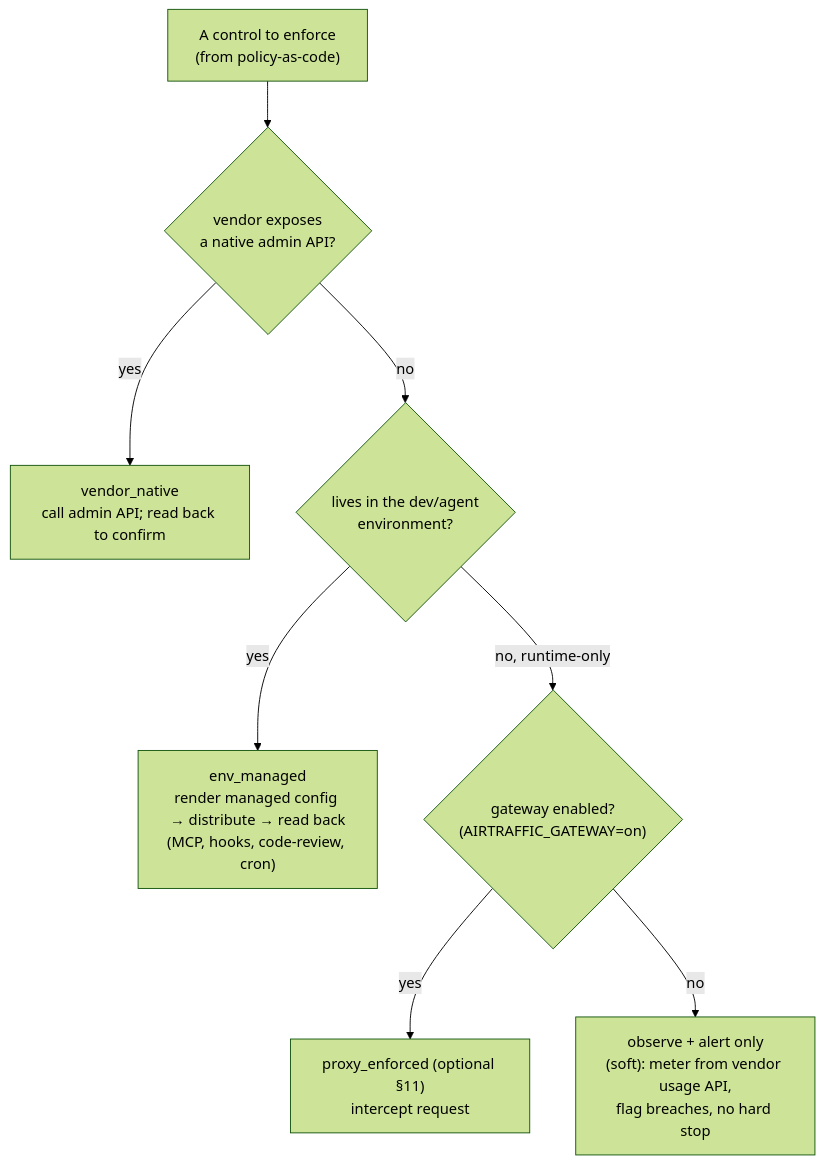
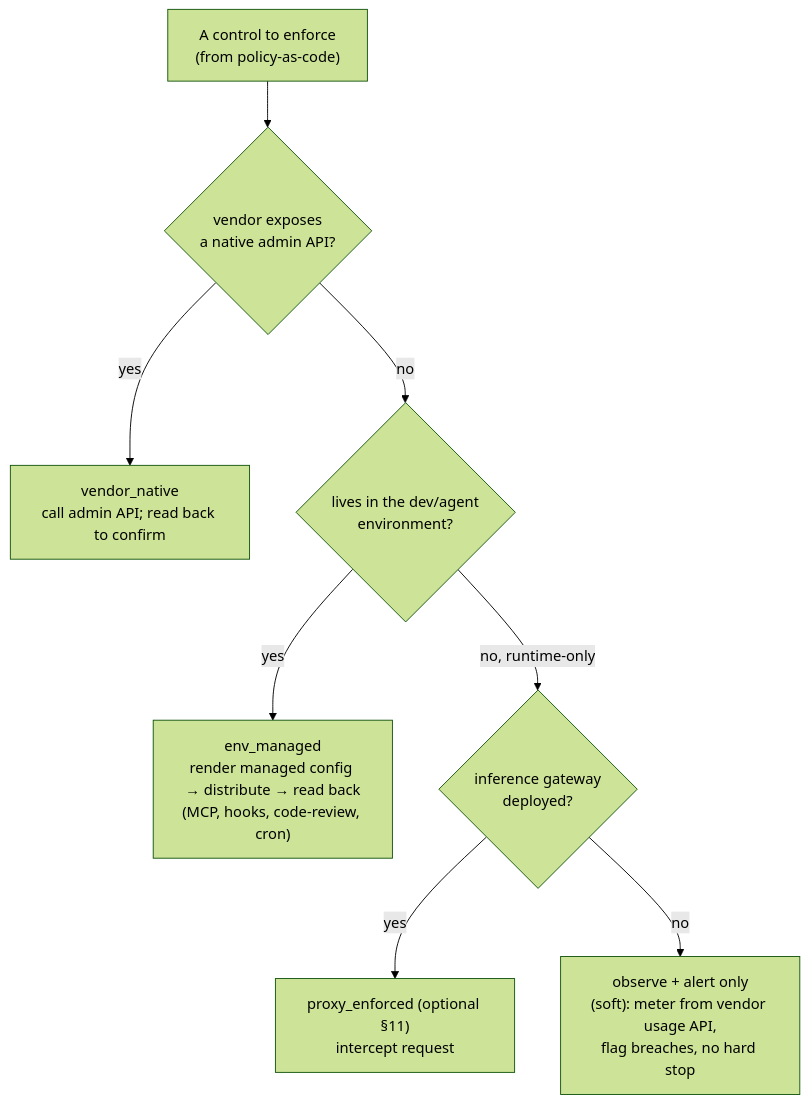
Before and after one commit to jchigg2000-git/air-traffic: the fourth of 9 diagrams in docs/air-traffic-system-design.md, drawn with Mermaid (forest theme). The commit also changed other lines of this file and 1 other file, not shown here.

````diff
--- a/docs/air-traffic-system-design.md
+++ b/docs/air-traffic-system-design.md
@@ -390,10 +417,10 @@
 ```mermaid
 flowchart TD
   ctrl["A control to enforce<br/>(from policy-as-code)"] --> q1{"vendor exposes<br/>a native admin API?"}
   q1 -->|yes| native["vendor_native<br/>call admin API; read back to confirm"]
   q1 -->|no| q2{"lives in the dev/agent<br/>environment?"}
   q2 -->|yes| env["env_managed<br/>render managed config → distribute → read back<br/>(MCP, hooks, code-review, cron)"]
-  q2 -->|no, runtime-only| q3{"gateway enabled?<br/>(AIRTRAFFIC_GATEWAY=on)"}
+  q2 -->|no, runtime-only| q3{"inference gateway<br/>deployed?"}
   q3 -->|yes| proxy["proxy_enforced (optional §11)<br/>intercept request"]
   q3 -->|no| obs["observe + alert only<br/>(soft): meter from vendor usage API,<br/>flag breaches, no hard stop"]
 ```
````
